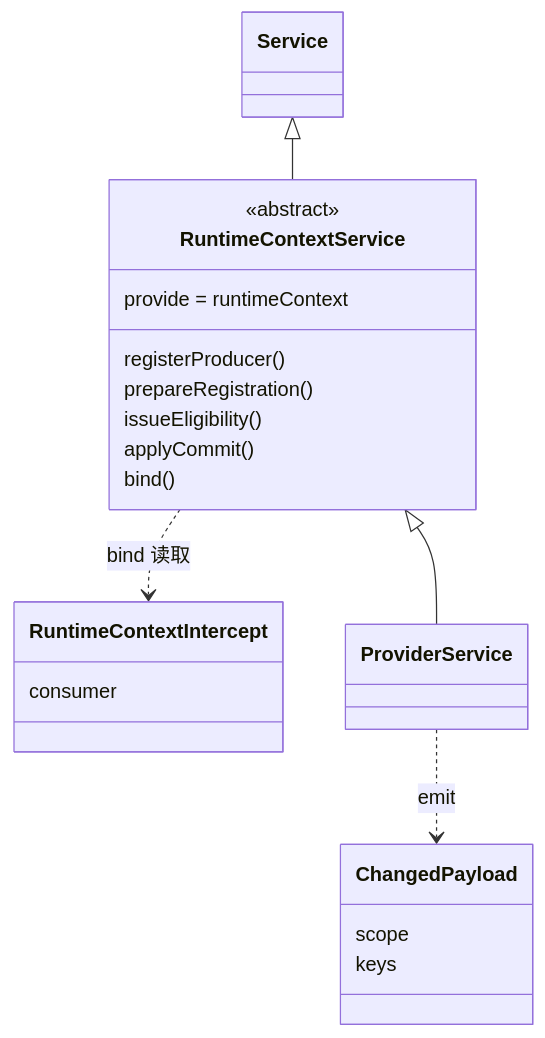
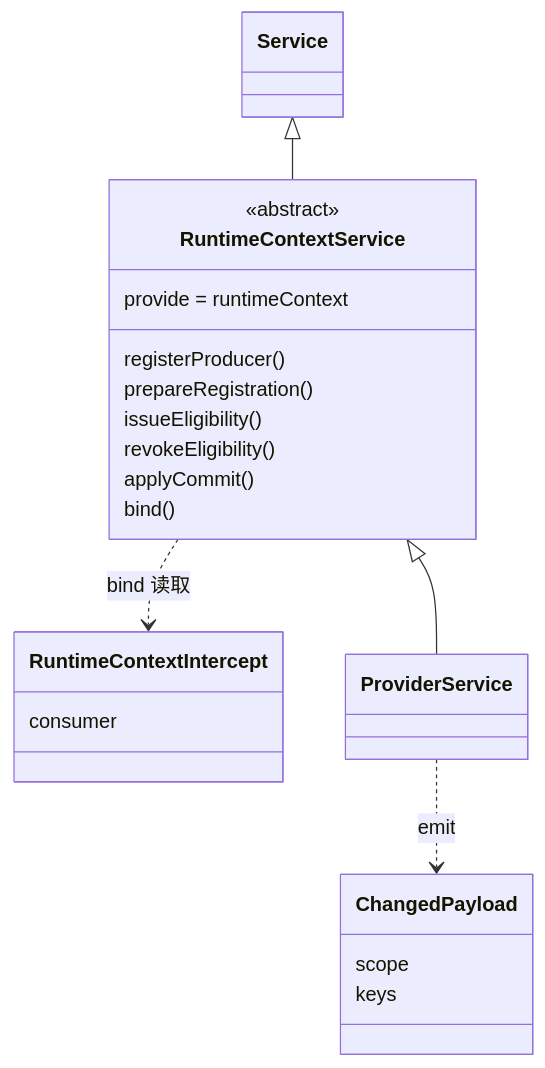
One commit to nemori-ai/omne-harness-lite changed the diagram in packages/context/runtime-context-cordis-contract/docs/object-model.md. Above: the diagram before and after it, drawn with Mermaid. The commit also changed 70 other files, not shown here.

````diff
--- a/packages/context/runtime-context-cordis-contract/docs/object-model.md
+++ b/packages/context/runtime-context-cordis-contract/docs/object-model.md
@@ -15,25 +15,26 @@
 ```mermaid
 classDiagram
   class Service
   class RuntimeContextService {
     <<abstract>>
     provide = runtimeContext
     registerProducer()
     prepareRegistration()
     issueEligibility()
+    revokeEligibility()
     applyCommit()
     bind()
   }
   class RuntimeContextIntercept {
     consumer
   }
   class ChangedPayload {
     scope
     keys
   }
   class ProviderService
   Service <|-- RuntimeContextService
   RuntimeContextService <|-- ProviderService
   RuntimeContextService ..> RuntimeContextIntercept : bind 读取
   ProviderService ..> ChangedPayload : emit
 ```
````
